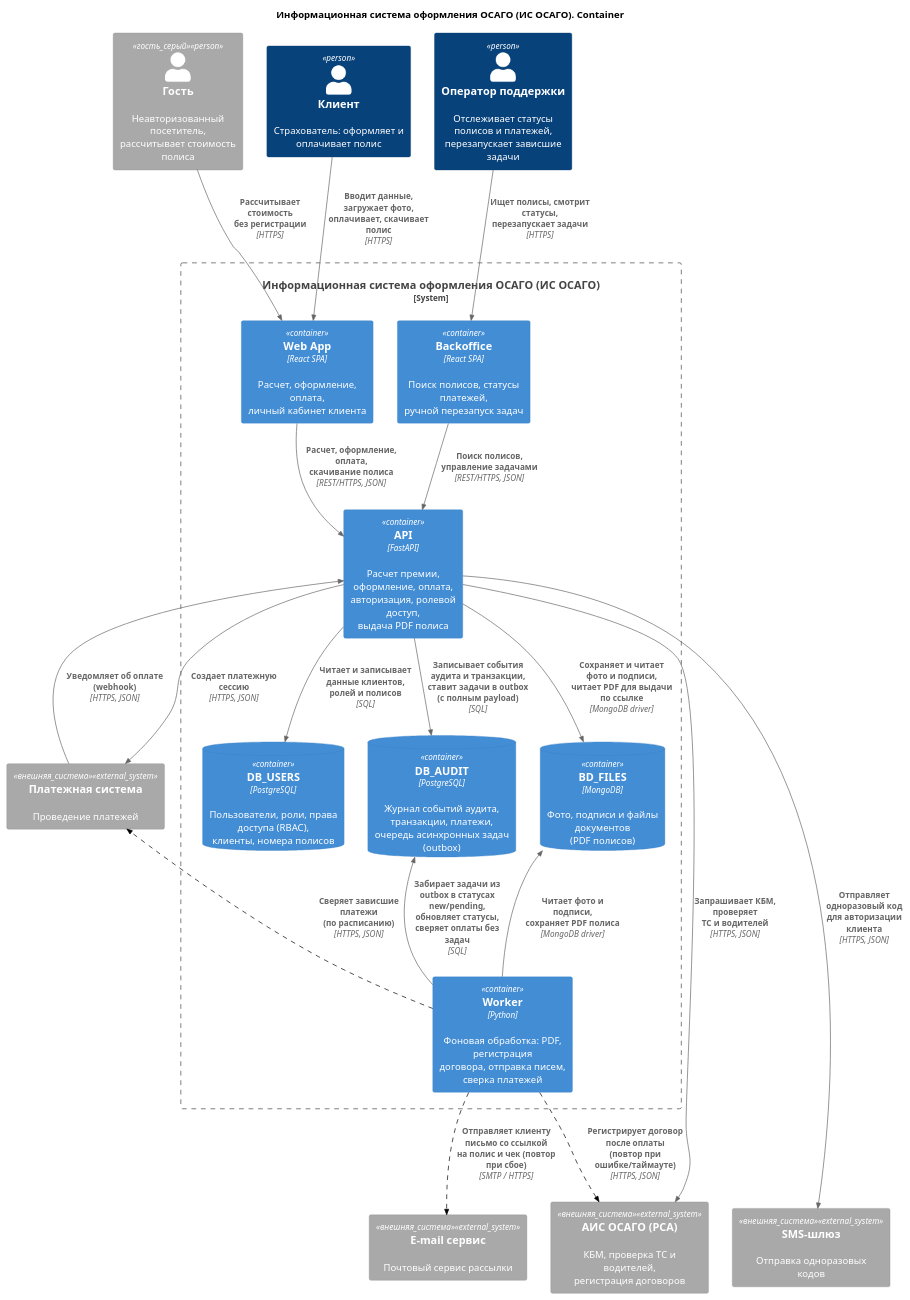
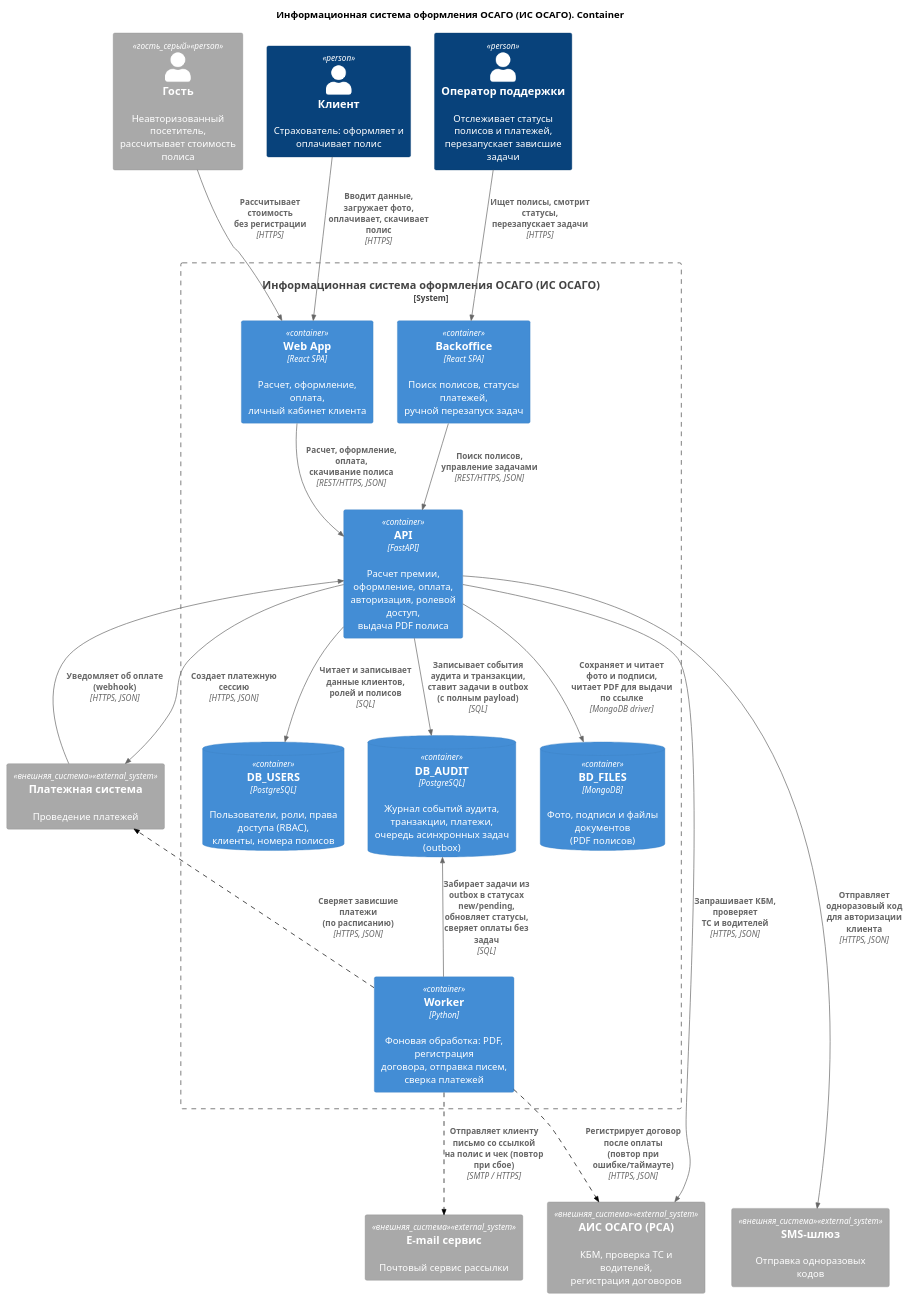
The diagram in docs_and_diagrams/Artem/container.puml (ElectricLight-ELO/Insurance-system), drawn with PlantUML before and after one commit. The commit also changed 22 other files, not shown here.

```diff
--- a/docs_and_diagrams/Artem/container.puml
+++ b/docs_and_diagrams/Artem/container.puml
@@ -1,95 +1,95 @@
 @startuml
 !include https://raw.githubusercontent.com/plantuml-stdlib/C4-PlantUML/master/C4_Container.puml
 
 title Информационная система оформления ОСАГО (ИС ОСАГО). Container
 
 
 AddSystemTag("внешняя_система", $bgColor="#A9A9A9", $borderColor="#8A8A8A", $fontColor="#FFFFFF")
 AddPersonTag("гость_серый", $bgColor="#A9A9A9", $borderColor="#8A8A8A", $fontColor="#FFFFFF")
 AddRelTag("пунктир", $lineStyle=DashedLine(), $lineColor="#000000", $legendText="Асинхронное взаимодействие (фоновая обработка)")
 
 
 
 Person(guest, "Гость", "Неавторизованный посетитель,\nрассчитывает стоимость полиса", $tags="гость_серый")
 Person(client, "Клиент", "Страхователь: оформляет и\nоплачивает полис")
 Person(support, "Оператор поддержки", "Отслеживает статусы полисов и платежей,\nперезапускает зависшие задачи")
 
 System_Boundary(osago_service, "Информационная система оформления ОСАГО (ИС ОСАГО)") {
 
     Container(web_app, "Web App", "React SPA", "Расчет, оформление, оплата,\nличный кабинет клиента")
 
     Container(backoffice, "Backoffice", "React SPA", "Поиск полисов, статусы платежей,\nручной перезапуск задач")
 
     Container(api, "API", "FastAPI", "Расчет премии, оформление, оплата,\nавторизация, ролевой доступ,\nвыдача PDF полиса")
 
     ContainerDb(db_users, "DB_USERS", "PostgreSQL", "Пользователи, роли, права доступа (RBAC),\nклиенты, номера полисов")
 
     ContainerDb(db_audit, "DB_AUDIT", "PostgreSQL", "Журнал событий аудита, транзакции, платежи,\nочередь асинхронных задач (outbox)")
 
     ContainerDb(bd_files, "BD_FILES", "MongoDB", "Фото, подписи и файлы документов\n(PDF полисов)")
 
     Container(worker, "Worker", "Python", "Фоновая обработка: PDF, регистрация\nдоговора, отправка писем, сверка платежей")
 }
 
 
 System_Ext(payment_sys, "Платежная система", "Проведение платежей", $tags="внешняя_система")
 System_Ext(email_sys, "E-mail сервис", "Почтовый сервис рассылки", $tags="внешняя_система")
 System_Ext(ais_osago, "АИС ОСАГО (РСА)", "КБМ, проверка ТС и водителей,\nрегистрация договоров", $tags="внешняя_система")
 System_Ext(sms_sys, "SMS-шлюз", "Отправка одноразовых кодов", $tags="внешняя_система")
 
 
 
 
 Rel(guest, web_app, "Рассчитывает стоимость\nбез регистрации", "HTTPS")
 Rel(client, web_app, "Вводит данные, загружает фото,\nоплачивает, скачивает полис", "HTTPS")
 Rel(support, backoffice, "Ищет полисы, смотрит статусы,\nперезапускает задачи", "HTTPS")
 
 
 Rel(web_app, api, "Расчет, оформление, оплата,\nскачивание полиса", "REST/HTTPS, JSON")
 Rel(backoffice, api, "Поиск полисов,\nуправление задачами", "REST/HTTPS, JSON")
 
 
 Rel(api, db_users, "Читает и записывает данные клиентов,\nролей и полисов", "SQL")
 Rel(api, db_audit, "Записывает события аудита и транзакции,\nставит задачи в outbox (с полным payload)", "SQL")
 Rel(api, bd_files, "Сохраняет и читает фото и подписи,\nчитает PDF для выдачи по ссылке", "MongoDB driver")
 
 
 Rel(api, sms_sys, "Отправляет одноразовый код\nдля авторизации клиента", "HTTPS, JSON")
 Rel(api, payment_sys, "Создает платежную сессию", "HTTPS, JSON")
 Rel(payment_sys, api, "Уведомляет об оплате (webhook)", "HTTPS, JSON")
 Rel(api, ais_osago, "Запрашивает КБМ, проверяет\nТС и водителей", "HTTPS, JSON")
 
 
 Rel(worker, db_audit, "Забирает задачи из outbox в статусах\nnew/pending, обновляет статусы,\nсверяет оплаты без задач", "SQL")
-Rel(worker, bd_files, "Читает фото и подписи,\nсохраняет PDF полиса", "MongoDB driver")
+' Rel(worker, bd_files, "Читает фото и подписи,\nсохраняет PDF полиса", "MongoDB driver")
 
 
 Rel(worker, ais_osago, "Регистрирует договор после оплаты\n(повтор при ошибке/таймауте)", "HTTPS, JSON", $tags="пунктир")
 Rel(worker, payment_sys, "Сверяет зависшие платежи\n(по расписанию)", "HTTPS, JSON", $tags="пунктир")
 Rel(worker, email_sys, "Отправляет клиенту письмо со ссылкой\nна полис и чек (повтор при сбое)", "SMTP / HTTPS", $tags="пунктир")
 
 
 
 
 guest -[hidden]right- client
 client -[hidden]right- support
 
 
 client -[hidden]down- web_app
 support -[hidden]down- backoffice
 web_app -[hidden]right- backoffice
 
 
 web_app -[hidden]down- api
 api -[hidden]right- db_users
 db_users -[hidden]right- db_audit
 db_audit -[hidden]right- bd_files
 bd_files -[hidden]right- worker
 
 
 osago_service -[hidden]down- payment_sys
 payment_sys -[hidden]right- email_sys
 email_sys -[hidden]right- ais_osago
 ais_osago -[hidden]right- sms_sys
 
 @enduml
```
